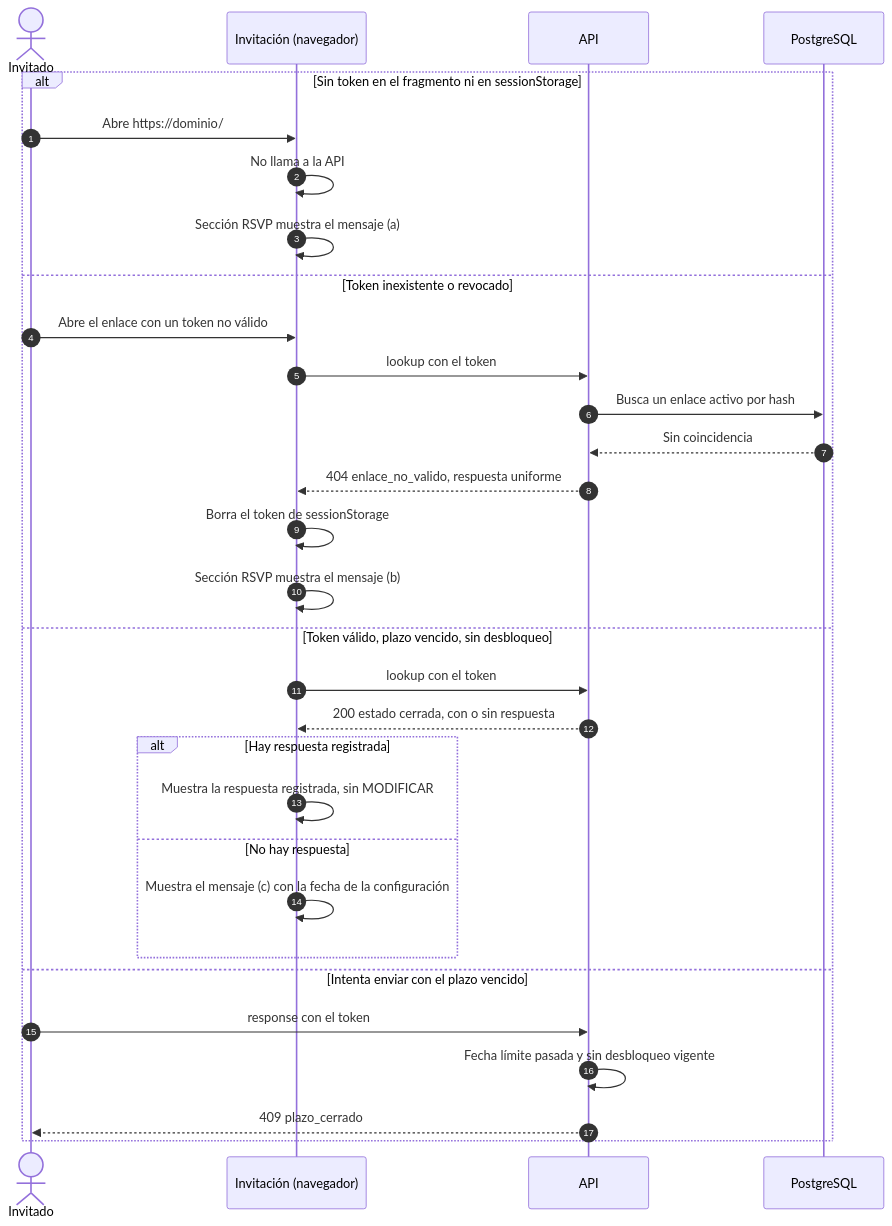
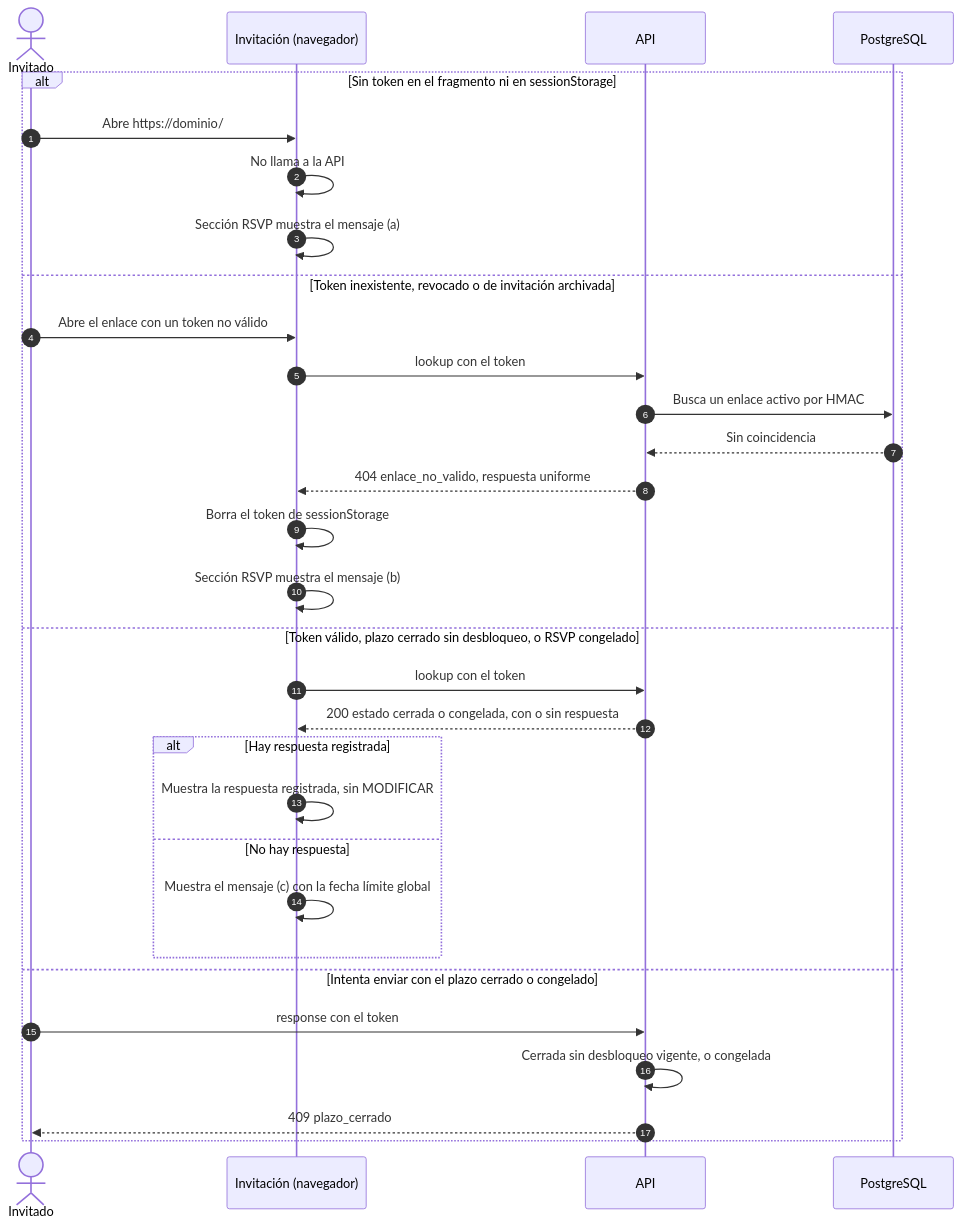
The fourth of 4 diagrams in docs/architecture/03-flujos-invitado.md (Mayra-ux/ma-wedding), drawn with Mermaid before and after one commit. The commit also changed other lines of this file and 26 other files, not shown here.

````diff
--- a/docs/architecture/03-flujos-invitado.md
+++ b/docs/architecture/03-flujos-invitado.md
@@ -88,34 +88,34 @@
 ```mermaid
 sequenceDiagram
   autonumber
   actor G as Invitado
   participant W as Invitación (navegador)
   participant A as API
   participant D as PostgreSQL
 
   alt Sin token en el fragmento ni en sessionStorage
     G->>W: Abre https://dominio/
     W->>W: No llama a la API
     W->>W: Sección RSVP muestra el mensaje (a)
-  else Token inexistente o revocado
+  else Token inexistente, revocado o de invitación archivada
     G->>W: Abre el enlace con un token no válido
     W->>A: lookup con el token
-    A->>D: Busca un enlace activo por hash
+    A->>D: Busca un enlace activo por HMAC
     D-->>A: Sin coincidencia
     A-->>W: 404 enlace_no_valido, respuesta uniforme
     W->>W: Borra el token de sessionStorage
     W->>W: Sección RSVP muestra el mensaje (b)
-  else Token válido, plazo vencido, sin desbloqueo
+  else Token válido, plazo cerrado sin desbloqueo, o RSVP congelado
     W->>A: lookup con el token
-    A-->>W: 200 estado cerrada, con o sin respuesta
+    A-->>W: 200 estado cerrada o congelada, con o sin respuesta
     alt Hay respuesta registrada
       W->>W: Muestra la respuesta registrada, sin MODIFICAR
     else No hay respuesta
-      W->>W: Muestra el mensaje (c) con la fecha de la configuración
+      W->>W: Muestra el mensaje (c) con la fecha límite global
     end
-  else Intenta enviar con el plazo vencido
+  else Intenta enviar con el plazo cerrado o congelado
     G->>A: response con el token
-    A->>A: Fecha límite pasada y sin desbloqueo vigente
+    A->>A: Cerrada sin desbloqueo vigente, o congelada
     A-->>G: 409 plazo_cerrado
   end
 ```
````
